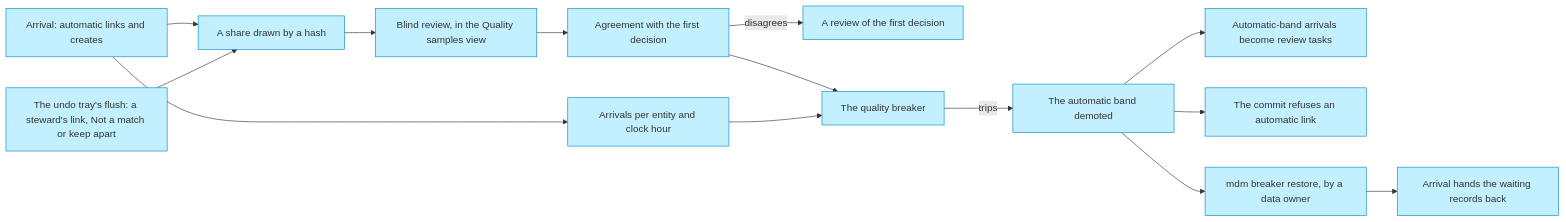
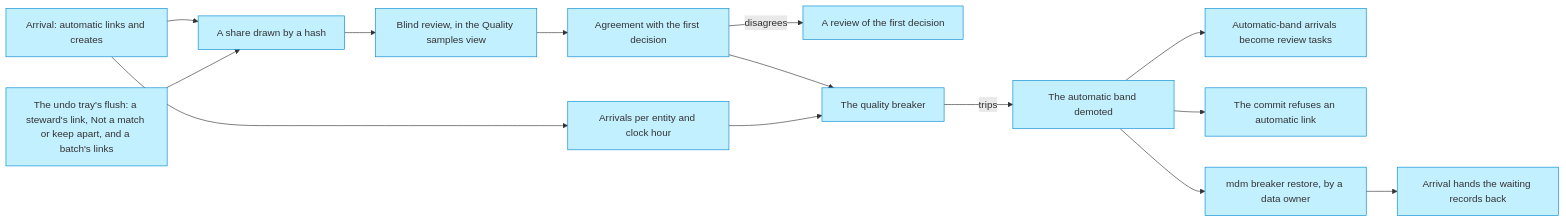
One commit to roanboc/dbx-master-data-manager changed the fifth of 7 diagrams in architecture/4_application/4_solution-design.md. Above: the diagram before and after it, drawn with Mermaid. The commit also changed other lines of this file and 28 other files, not shown here.

````diff
--- a/architecture/4_application/4_solution-design.md
+++ b/architecture/4_application/4_solution-design.md
@@ -214,29 +218,29 @@
 ```mermaid
 flowchart LR
   arrival["Arrival: automatic links and creates"]:::layer
-  tray["The undo tray's flush: a steward's link, Not a match or keep apart"]:::layer
+  tray["The undo tray's flush: a steward's link, Not a match or keep apart, and a batch's links"]:::layer
   draw["A share drawn by a hash"]:::layer
   blind["Blind review, in the Quality samples view"]:::layer
   agree["Agreement with the first decision"]:::layer
   dispute["A review of the first decision"]:::layer
   hours["Arrivals per entity and clock hour"]:::layer
   breaker["The quality breaker"]:::layer
   demoted["The automatic band demoted"]:::layer
   reviews["Automatic-band arrivals become review tasks"]:::layer
   guard["The commit refuses an automatic link"]:::layer
   restore["mdm breaker restore, by a data owner"]:::layer
   back["Arrival hands the waiting records back"]:::layer
 
   arrival --> draw
   tray --> draw
   draw --> blind --> agree
   agree -->|disagrees| dispute
   agree --> breaker
   arrival --> hours --> breaker
   breaker -->|trips| demoted
   demoted --> reviews
   demoted --> guard
   demoted --> restore --> back
 
   classDef layer fill:#c2f0ff,stroke:#0288d1,color:#333
 ```
````
